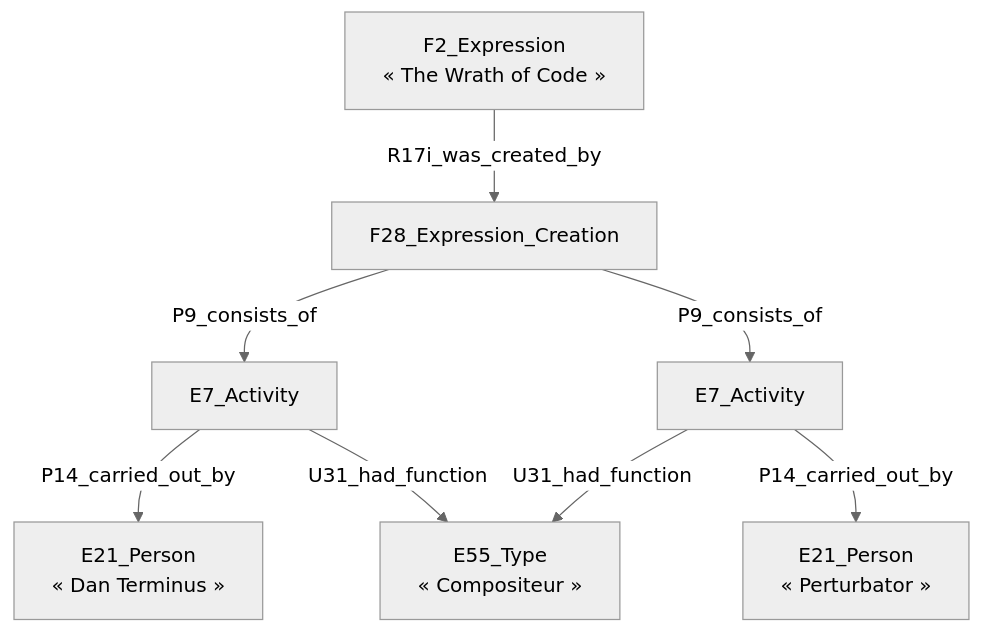
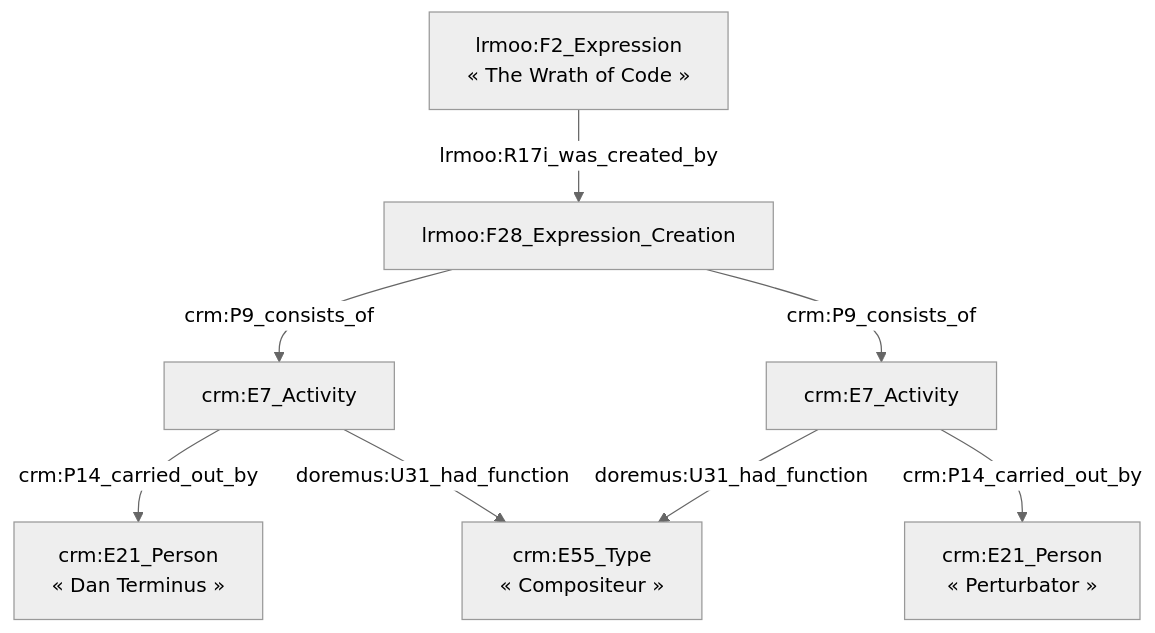
The diagram in README_mapping.md (sherlock-iremus/sherlock-grist-to-crm), drawn with Mermaid (neutral theme) before and after one commit.

````diff
--- a/README_mapping.md
+++ b/README_mapping.md
@@ -15,15 +15,18 @@
 ```mermaid
 flowchart TB
-    F2_Expression[F2_Expression<br>« The Wrath of Code »] -->|R17i_was_created_by| F28_Expression_Creation
-    F28_Expression_Creation -->|P9_consists_of| E7a
-    F28_Expression_Creation -->|P9_consists_of| E7b
-    E7a[E7_Activity]
-    E7b[E7_Activity]
-    E55_compositeur[E55_Type<br>« Compositeur »]
-    E21a[E21_Person<br>« Dan Terminus »]
-    E21b[E21_Person<br>« Perturbator »]
-    E7a -->|P14_carried_out_by| E21a
-    E7a -->|U31_had_function| E55_compositeur
-    E7b -->|P14_carried_out_by| E21b
-    E7b -->|U31_had_function| E55_compositeur
+    F2[lrmoo:F2_Expression<br>« The Wrath of Code »]
+    F28[lrmoo:F28_Expression_Creation]
+    E7a[crm:E7_Activity]
+    E7b[crm:E7_Activity]
+    E21a[crm:E21_Person<br>« Dan Terminus »]
+    E21b[crm:E21_Person<br>« Perturbator »]
+    E55[crm:E55_Type<br>« Compositeur »]
+    
+    F2 -->|lrmoo:R17i_was_created_by| F28
+    F28 -->|crm:P9_consists_of| E7a
+    F28 -->|crm:P9_consists_of| E7b
+    E7a -->|crm:P14_carried_out_by| E21a
+    E7a -->|doremus:U31_had_function| E55
+    E7b -->|crm:P14_carried_out_by| E21b
+    E7b -->|doremus:U31_had_function| E55
 ```
````
